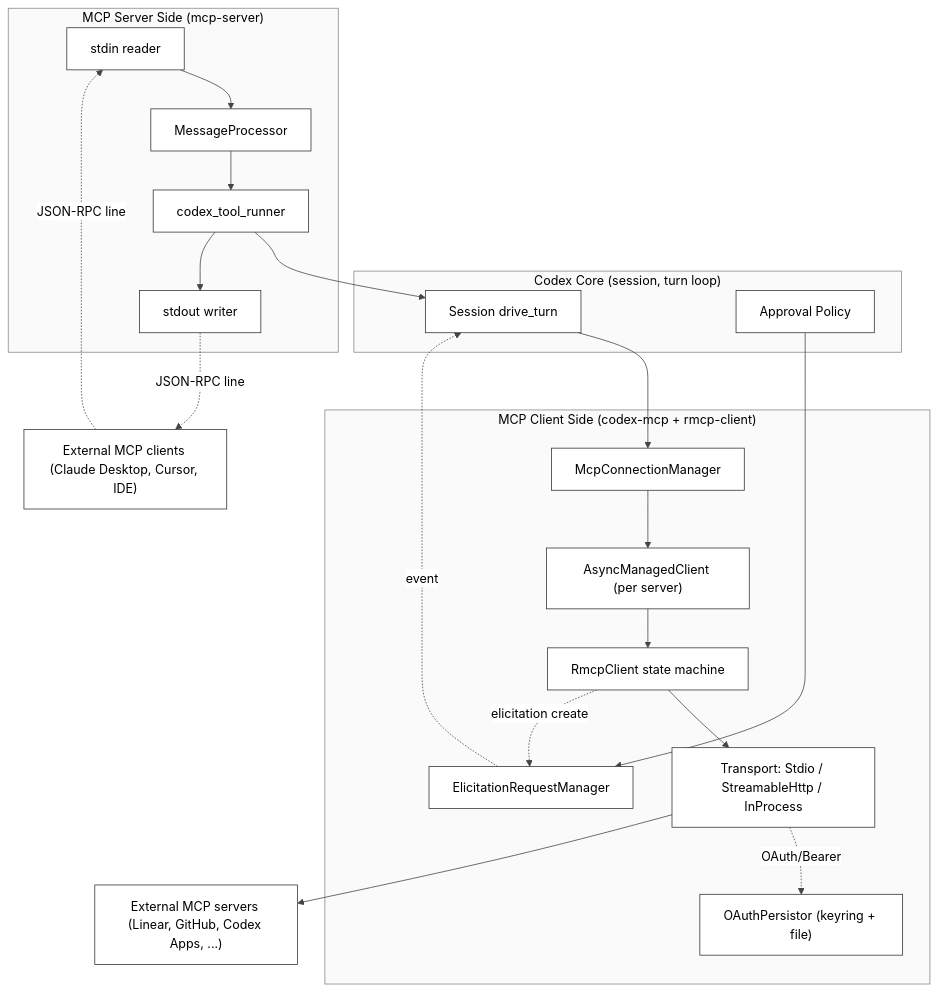
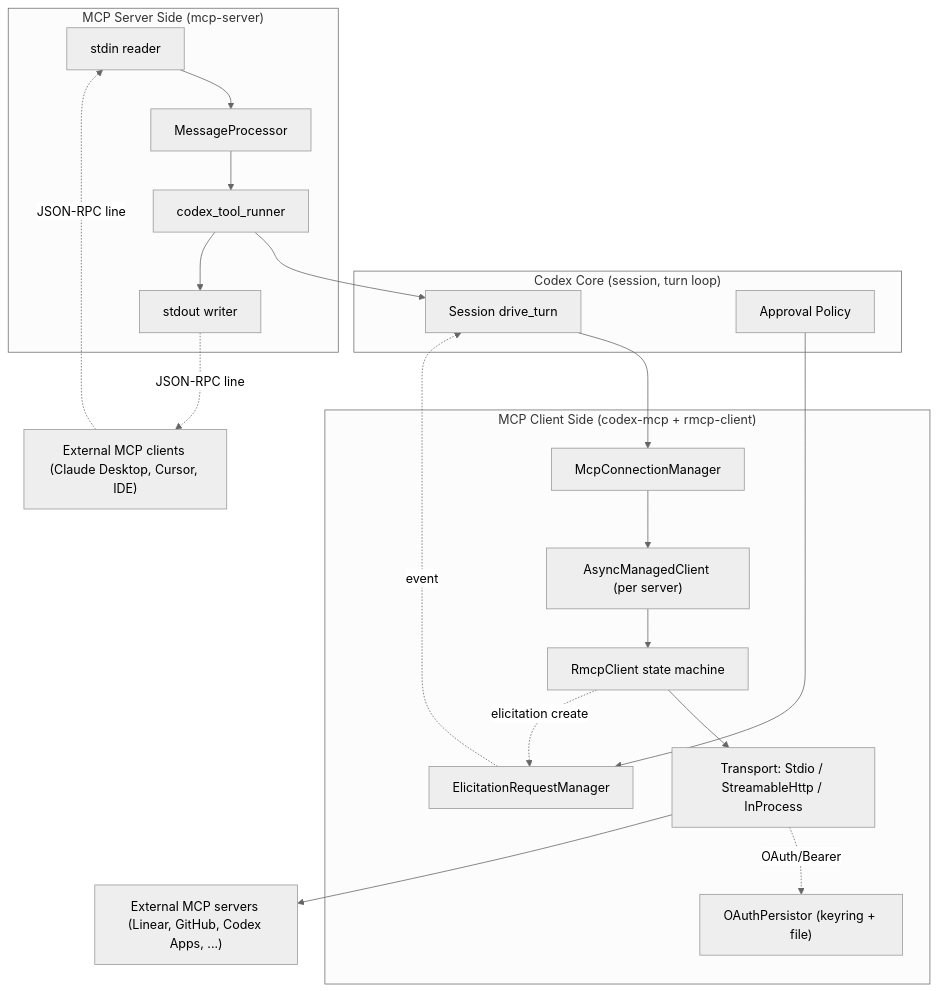
The first of 5 diagrams in Part II Source Analysis/18-MCP双向集成.md (GLBB/codex-source-analysis), drawn with Mermaid before and after one commit. The commit also changed other lines of this file and 29 other files, not shown here.

````diff
--- a/Part II Source Analysis/18-MCP双向集成.md
+++ b/Part II Source Analysis/18-MCP双向集成.md
@@ -69,41 +69,41 @@
 ```mermaid
-%%{init: {"theme": "base", "themeCSS": "svg { background: #ffffff !important; } .label, .nodeLabel, .edgeLabel, text { color: #000000 !important; fill: #000000 !important; }", "themeVariables": {"background": "#ffffff", "mainBkg": "#ffffff", "primaryColor": "#f5f5f5", "primaryTextColor": "#000000", "primaryBorderColor": "#333333", "secondaryColor": "#f6f8fa", "tertiaryColor": "#ffffff", "lineColor": "#444444", "textColor": "#000000", "nodeBorder": "#333333", "clusterBkg": "#fafafa", "clusterBorder": "#888888", "edgeLabelBackground": "#ffffff", "fontFamily": "Helvetica"}}}%%
+%%{init:{'theme':'neutral','themeVariables':{'background':'#ffffff'}}}%%
 flowchart TD
     subgraph CodexCore["Codex Core (session, turn loop)"]
         Session[Session drive_turn]
         Approval[Approval Policy]
     end
     subgraph ClientSide["MCP Client Side (codex-mcp + rmcp-client)"]
         Mgr["McpConnectionManager"]
         Async["AsyncManagedClient (per server)"]
         Rmcp["RmcpClient state machine"]
         Trans["Transport: Stdio / StreamableHttp / InProcess"]
         Oauth["OAuthPersistor (keyring + file)"]
         Elic["ElicitationRequestManager"]
     end
     subgraph ServerSide["MCP Server Side (mcp-server)"]
         Stdin["stdin reader"]
         Proc["MessageProcessor"]
         Runner["codex_tool_runner"]
         Stdout["stdout writer"]
     end
     External["External MCP servers (Linear, GitHub, Codex Apps, ...)"]
     Host["External MCP clients (Claude Desktop, Cursor, IDE)"]
 
     Session --> Mgr
     Approval --> Elic
     Mgr --> Async
     Async --> Rmcp
     Rmcp --> Trans
     Trans -.OAuth/Bearer.-> Oauth
     Trans --> External
     Rmcp -.elicitation create.-> Elic
     Elic -.event.-> Session
 
     Host -.JSON-RPC line.-> Stdin
     Stdin --> Proc
     Proc --> Runner
     Runner --> Session
     Runner --> Stdout
     Stdout -.JSON-RPC line.-> Host
 ```
````
